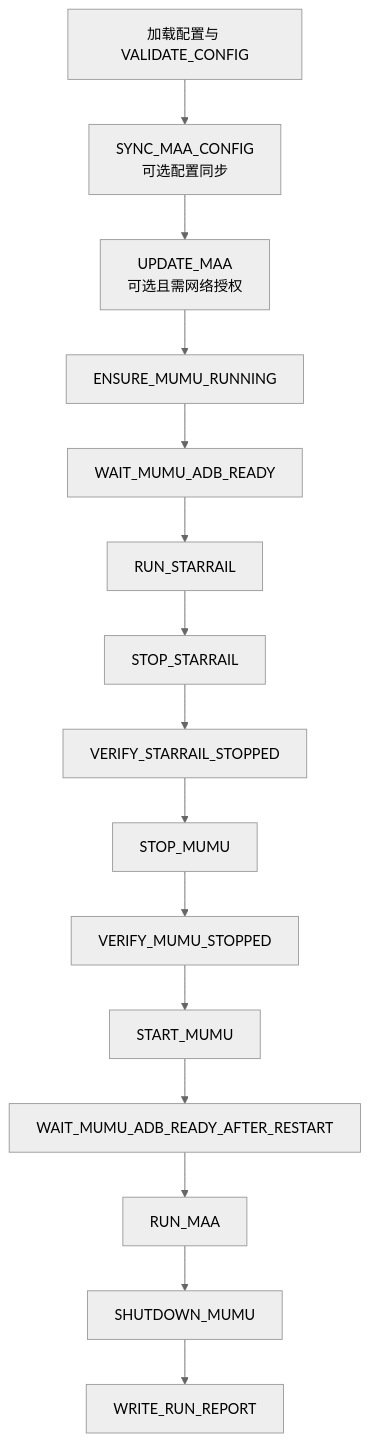
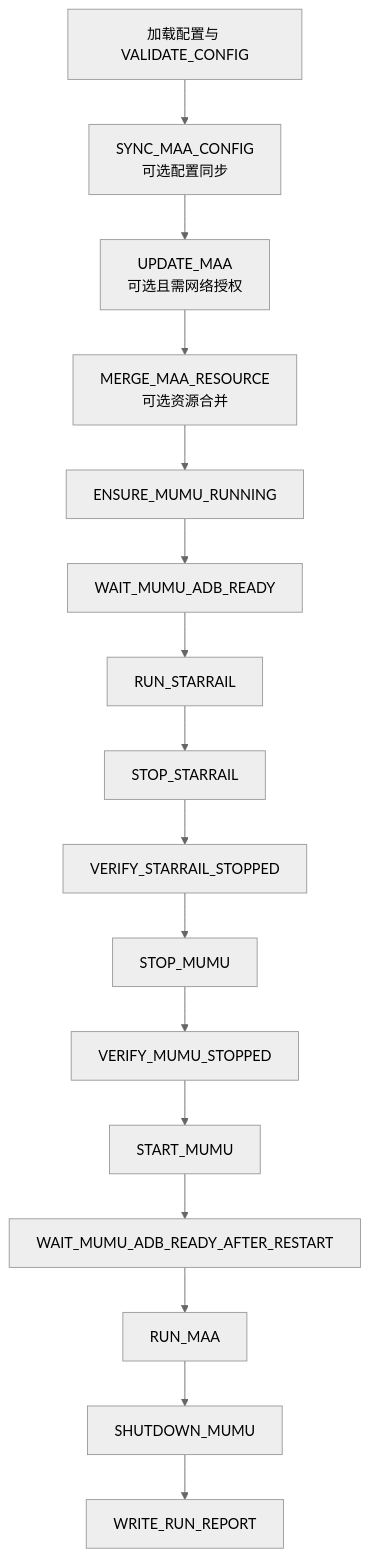
Before and after one commit to tony1155/OrchestratoRRR: the diagram in README.md, drawn with Mermaid (neutral theme). The commit also changed other lines of this file and 35 other files, not shown here.

Commit message:
feat(maa): add safe resource merge stage

````diff
--- a/README.md
+++ b/README.md
@@ -28,21 +29,22 @@
 ```mermaid
 flowchart TD
     A[加载配置与 VALIDATE_CONFIG]
     B[SYNC_MAA_CONFIG<br/>可选配置同步]
     C[UPDATE_MAA<br/>可选且需网络授权]
+    P[MERGE_MAA_RESOURCE<br/>可选资源合并]
     D[ENSURE_MUMU_RUNNING]
     E[WAIT_MUMU_ADB_READY]
     F[RUN_STARRAIL]
     G[STOP_STARRAIL]
     H[VERIFY_STARRAIL_STOPPED]
     I[STOP_MUMU]
     J[VERIFY_MUMU_STOPPED]
     K[START_MUMU]
     L[WAIT_MUMU_ADB_READY_AFTER_RESTART]
     M[RUN_MAA]
     N[SHUTDOWN_MUMU]
     O[WRITE_RUN_REPORT]
 
-    A --> B --> C --> D --> E --> F --> G --> H
+    A --> B --> C --> P --> D --> E --> F --> G --> H
     H --> I --> J --> K --> L --> M --> N --> O
 ```
````
